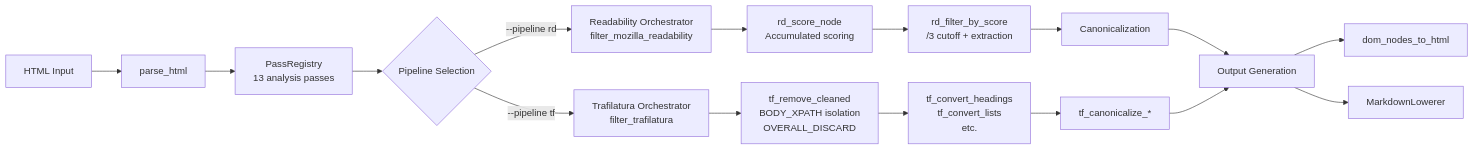
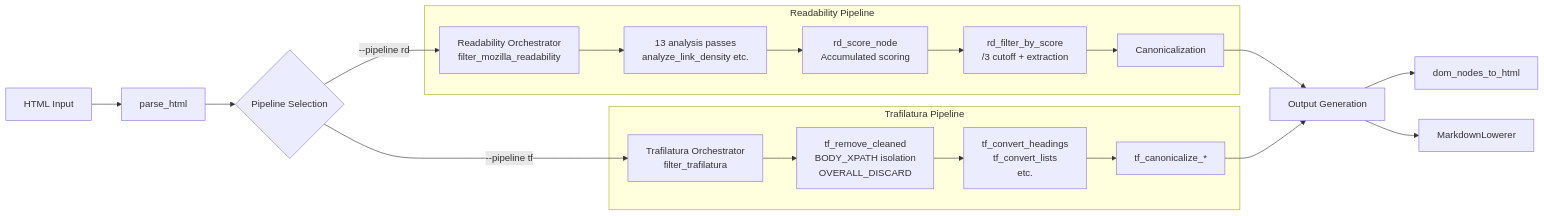
The diagram in delulu-apps/webfetch/ARCHITECTURE.md (mratsim/delulu), drawn with Mermaid before and after one commit. The commit also changed other lines of this file and 5 other files, not shown here.

````diff
--- a/delulu-apps/webfetch/ARCHITECTURE.md
+++ b/delulu-apps/webfetch/ARCHITECTURE.md
@@ -9,22 +12,26 @@
 ```mermaid
 flowchart LR
     HTML[HTML Input] --> Parse[parse_html]
-    Parse --> Registry[PassRegistry<br/>13 analysis passes]
-    Registry --> Orchestrator{Pipeline Selection}
+    Parse --> Orchestrator{Pipeline Selection}
     
     Orchestrator -->|--pipeline rd| RD[Readability Orchestrator<br/>filter_mozilla_readability]
     Orchestrator -->|--pipeline tf| TF[Trafilatura Orchestrator<br/>filter_trafilatura]
     
-    RD --> RDScore[rd_score_node<br/>Accumulated scoring]
-    RDScore --> RDFilter[rd_filter_by_score<br/>/3 cutoff + extraction]
-    RDFilter --> RDCanon[Canonicalization]
+    subgraph RD_Pipeline[Readability Pipeline]
+        RD --> RD_Analysis[13 analysis passes<br/>analyze_link_density etc.]
+        RD_Analysis --> RDScore[rd_score_node<br/>Accumulated scoring]
+        RDScore --> RDFilter[rd_filter_by_score<br/>/3 cutoff + extraction]
+        RDFilter --> RDCanon[Canonicalization]
+    end
     
-    TF --> TFFilter[tf_remove_cleaned<br/>BODY_XPATH isolation<br/>OVERALL_DISCARD]
-    TFFilter --> TFTransform[tf_convert_headings<br/>tf_convert_lists<br/>etc.]
-    TFTransform --> TFCanon[tf_canonicalize_*]
+    subgraph TF_Pipeline[Trafilatura Pipeline]
+        TF --> TFFilter[tf_remove_cleaned<br/>BODY_XPATH isolation<br/>OVERALL_DISCARD]
+        TFFilter --> TFTransform[tf_convert_headings<br/>tf_convert_lists<br/>etc.]
+        TFTransform --> TFCanon[tf_canonicalize_*]
+    end
     
     RDCanon --> Output[Output Generation]
     TFCanon --> Output
     Output --> gen_html[dom_nodes_to_html]
     Output --> gen_md[MarkdownLowerer]
 ```
````
